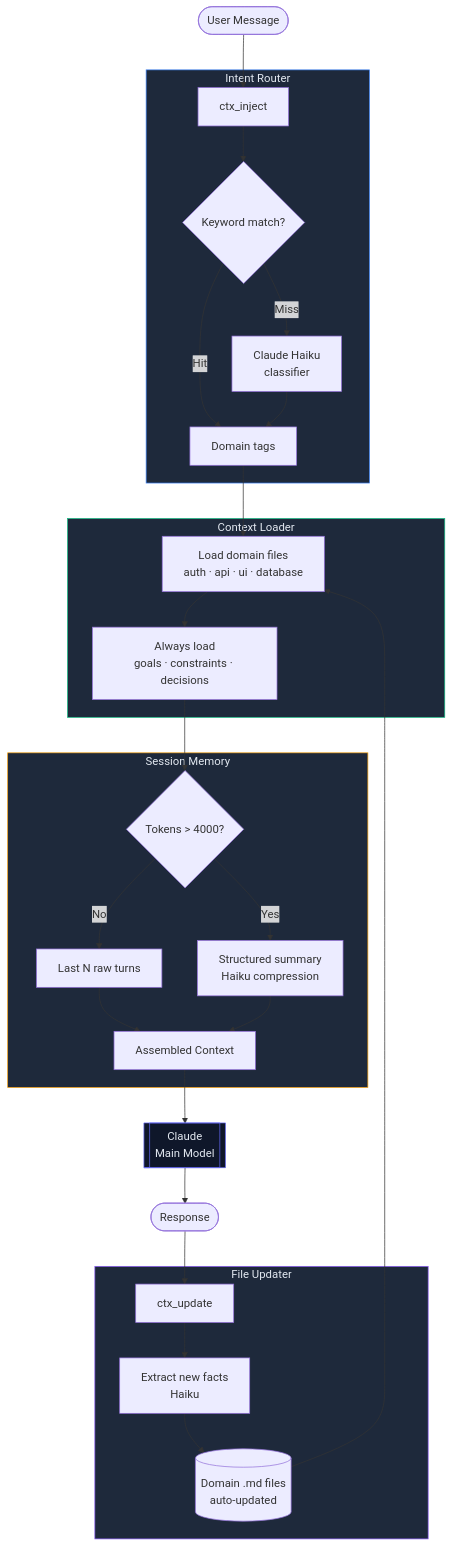
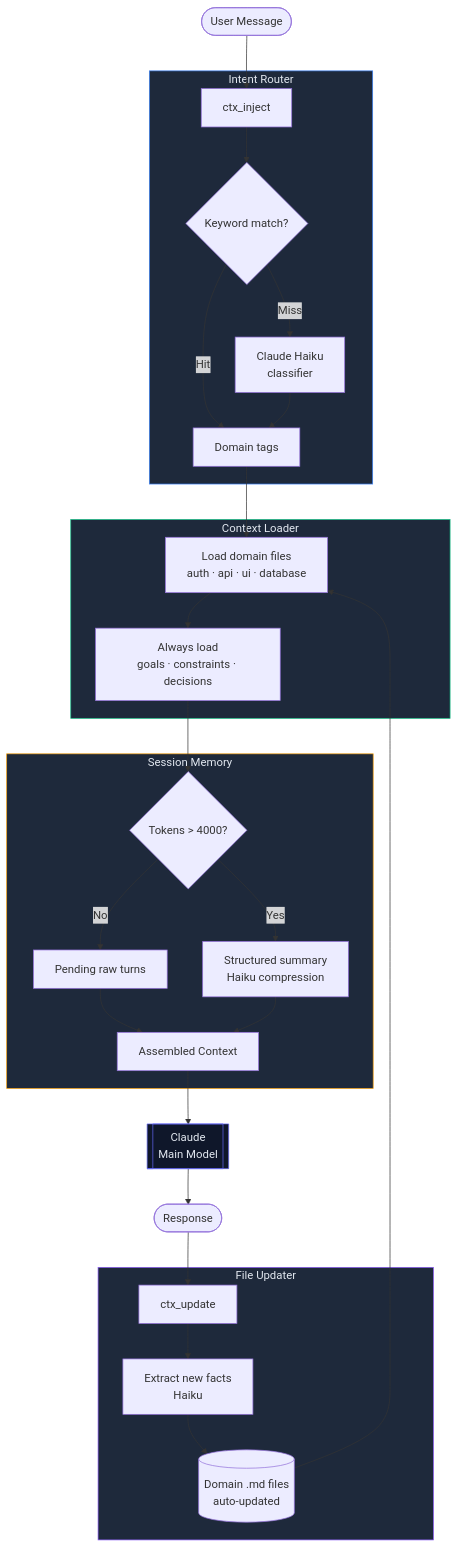
Before and after one commit to bansalbhunesh/ctx-flow: the diagram in README.md, drawn with Mermaid. The commit also changed other lines of this file and 22 other files, not shown here.

Commit message:
Fix context retention and input handling; add portable ctx-flow skill

````diff
--- a/README.md
+++ b/README.md
@@ -7,41 +9,41 @@
 ```mermaid
 flowchart TD
     A([User Message]) --> B[ctx_inject]
 
     subgraph ROUTER["Intent Router"]
         B --> C{Keyword match?}
         C -->|Hit| D[Domain tags]
         C -->|Miss| E[Claude Haiku\nclassifier]
         E --> D
     end
 
     subgraph LOADER["Context Loader"]
         D --> F[Load domain files\nauth · api · ui · database]
         F --> G[Always load\ngoals · constraints · decisions]
     end
 
     subgraph MEMORY["Session Memory"]
         G --> H{Tokens > 4000?}
-        H -->|No| I[Last N raw turns]
+        H -->|No| I[Pending raw turns]
         H -->|Yes| J[Structured summary\nHaiku compression]
         I --> K
         J --> K
     end
 
     K[Assembled Context] --> L[[Claude\nMain Model]]
     L --> M([Response])
 
     M --> N[ctx_update]
 
     subgraph UPDATER["File Updater"]
         N --> O[Extract new facts\nHaiku]
         O --> P[(Domain .md files\nauto-updated)]
         P --> F
     end
 
     style ROUTER fill:#1e293b,stroke:#3b82f6,color:#e2e8f0
     style LOADER fill:#1e293b,stroke:#10b981,color:#e2e8f0
     style MEMORY fill:#1e293b,stroke:#f59e0b,color:#e2e8f0
     style UPDATER fill:#1e293b,stroke:#8b5cf6,color:#e2e8f0
     style L fill:#0f172a,stroke:#6366f1,color:#e2e8f0
 ```
````
